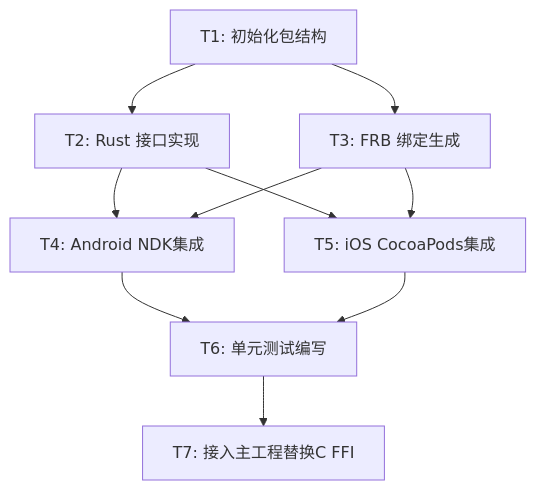
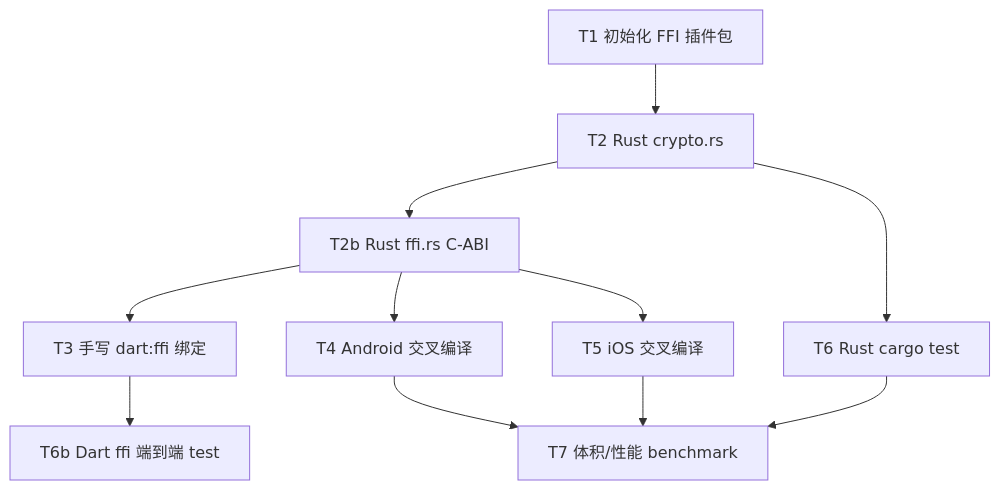
The diagram in specs/active/dayz-security-rust/tasks.md (cr1992/DayZ), drawn with Mermaid before and after one commit. The commit also changed other lines of this file and 189 other files, not shown here.

First line of the commit message:
feat(argon2id_ffi): 自研 Argon2id/HKDF native 库（RustCrypto + 手写 dart:ffi）

````diff
--- a/specs/active/dayz-security-rust/tasks.md
+++ b/specs/active/dayz-security-rust/tasks.md
@@ -12,12 +16,13 @@
 ```mermaid
 graph TD
-  T1[T1: 初始化包结构] --> T2[T2: Rust 接口实现]
-  T1 --> T3[T3: FRB 绑定生成]
-  T2 --> T4[T4: Android NDK集成]
-  T3 --> T4
-  T2 --> T5[T5: iOS CocoaPods集成]
-  T3 --> T5
-  T4 --> T6[T6: 单元测试编写]
-  T5 --> T6
-  T6 --> T7[T7: 接入主工程替换C FFI]
+  T1[T1 初始化 FFI 插件包] --> T2[T2 Rust crypto.rs]
+  T2 --> T2b[T2b Rust ffi.rs C-ABI]
+  T2b --> T3[T3 手写 dart:ffi 绑定]
+  T2b --> T4[T4 Android 交叉编译]
+  T2b --> T5[T5 iOS 交叉编译]
+  T2 --> T6[T6 Rust cargo test]
+  T3 --> T6b[T6b Dart ffi 端到端 test]
+  T4 --> T7[T7 体积/性能 benchmark]
+  T5 --> T7
+  T6 --> T7
 ```
````
